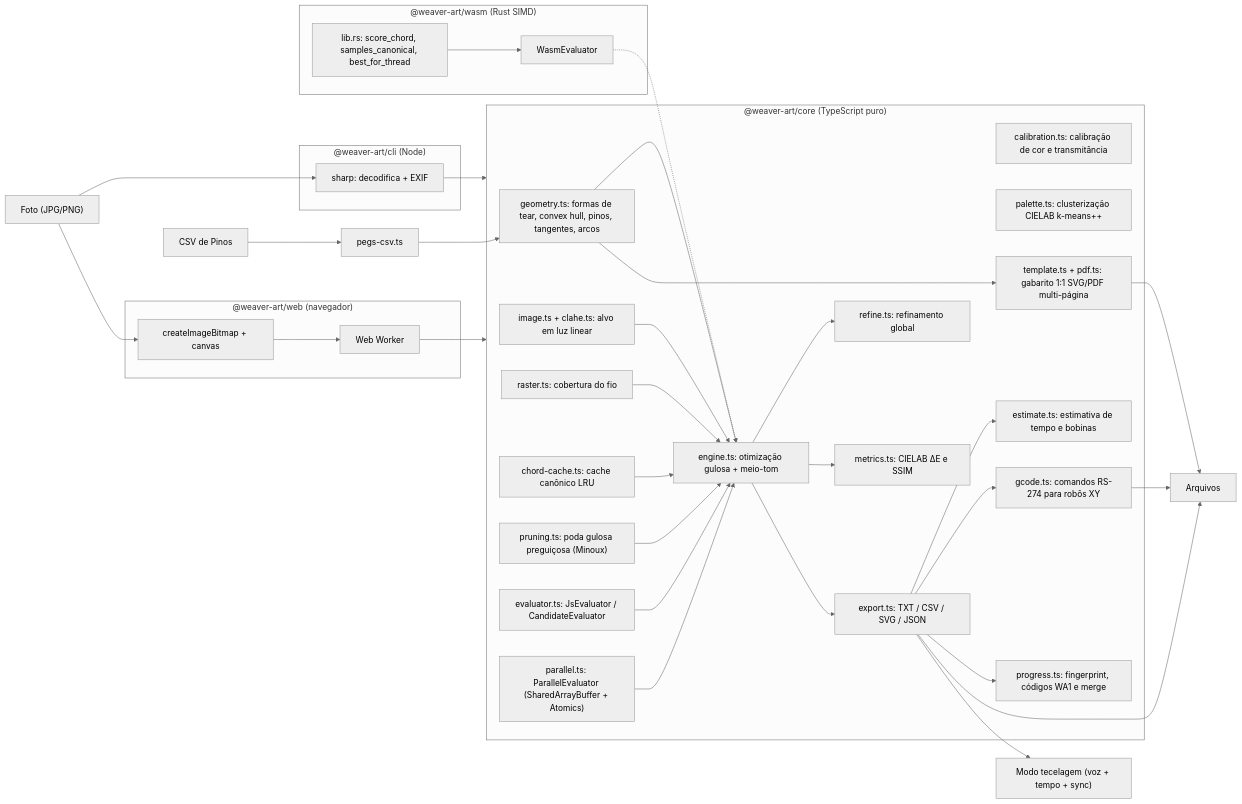
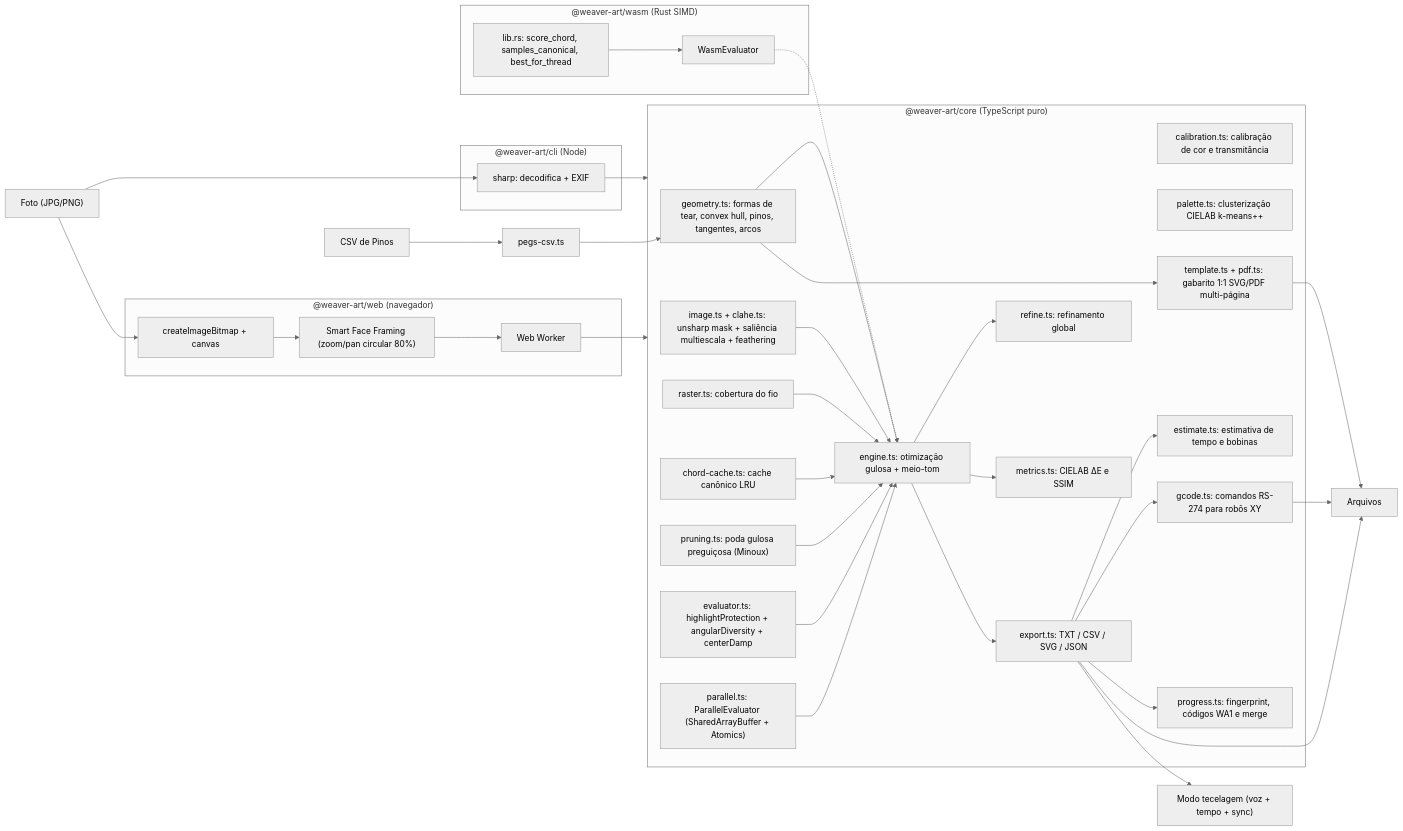
The diagram in docs/ARCHITECTURE.md (AyrtonLoks/weaver-art), drawn with Mermaid (neutral theme) before and after one commit. The commit also changed 18 other files, not shown here.

Commit message:
feat: improvement web studio app and core string art weaving engine

````diff
--- a/docs/ARCHITECTURE.md
+++ b/docs/ARCHITECTURE.md
@@ -5,45 +5,46 @@
 ```mermaid
 flowchart LR
   photo["Foto (JPG/PNG)"] --> decode
   csvIn["CSV de Pinos"] --> pegsCsv["pegs-csv.ts"]
   subgraph cli["@weaver-art/cli (Node)"]
     decode["sharp: decodifica + EXIF"]
   end
   subgraph web["@weaver-art/web (navegador)"]
-    bitmap["createImageBitmap + canvas"] --> worker["Web Worker"]
+    framing["Smart Face Framing (zoom/pan circular 80%)"]
+    bitmap["createImageBitmap + canvas"] --> framing --> worker["Web Worker"]
   end
   photo --> bitmap
   decode --> core
   worker --> core
   pegsCsv --> geo
   subgraph core["@weaver-art/core (TypeScript puro)"]
-    prep["image.ts + clahe.ts: alvo em luz linear"] --> engine["engine.ts: otimização gulosa + meio-tom"]
+    prep["image.ts + clahe.ts: unsharp mask + saliência multiescala + feathering"] --> engine["engine.ts: otimização gulosa + meio-tom"]
     geo["geometry.ts: formas de tear, convex hull, pinos, tangentes, arcos"] --> engine
     ras["raster.ts: cobertura do fio"] --> engine
     cache["chord-cache.ts: cache canônico LRU"] --> engine
     prune["pruning.ts: poda gulosa preguiçosa (Minoux)"] --> engine
-    eval["evaluator.ts: JsEvaluator / CandidateEvaluator"] --> engine
+    eval["evaluator.ts: highlightProtection + angularDiversity + centerDamp"] --> engine
     par["parallel.ts: ParallelEvaluator (SharedArrayBuffer + Atomics)"] --> engine
     engine --> refine["refine.ts: refinamento global"]
     engine --> metrics["metrics.ts: CIELAB ΔE e SSIM"]
     engine --> exp["export.ts: TXT / CSV / SVG / JSON"]
     calib["calibration.ts: calibração de cor e transmitância"]
     pal["palette.ts: clusterização CIELAB k-means++"]
     tmpl["template.ts + pdf.ts: gabarito 1:1 SVG/PDF multi-página"]
     geo --> tmpl
     est["estimate.ts: estimativa de tempo e bobinas"]
     gc["gcode.ts: comandos RS-274 para robôs XY"]
     prog["progress.ts: fingerprint, códigos WA1 e merge"]
     exp --> est
     exp --> gc
     exp --> prog
   end
   subgraph wasm["@weaver-art/wasm (Rust SIMD)"]
     rust["lib.rs: score_chord, samples_canonical, best_for_thread"] --> wasmEval["WasmEvaluator"]
   end
   wasmEval -.-> engine
   exp --> files["Arquivos"]
   tmpl --> files
   gc --> files
   exp --> player["Modo tecelagem (voz + tempo + sync)"]
 ```
````
